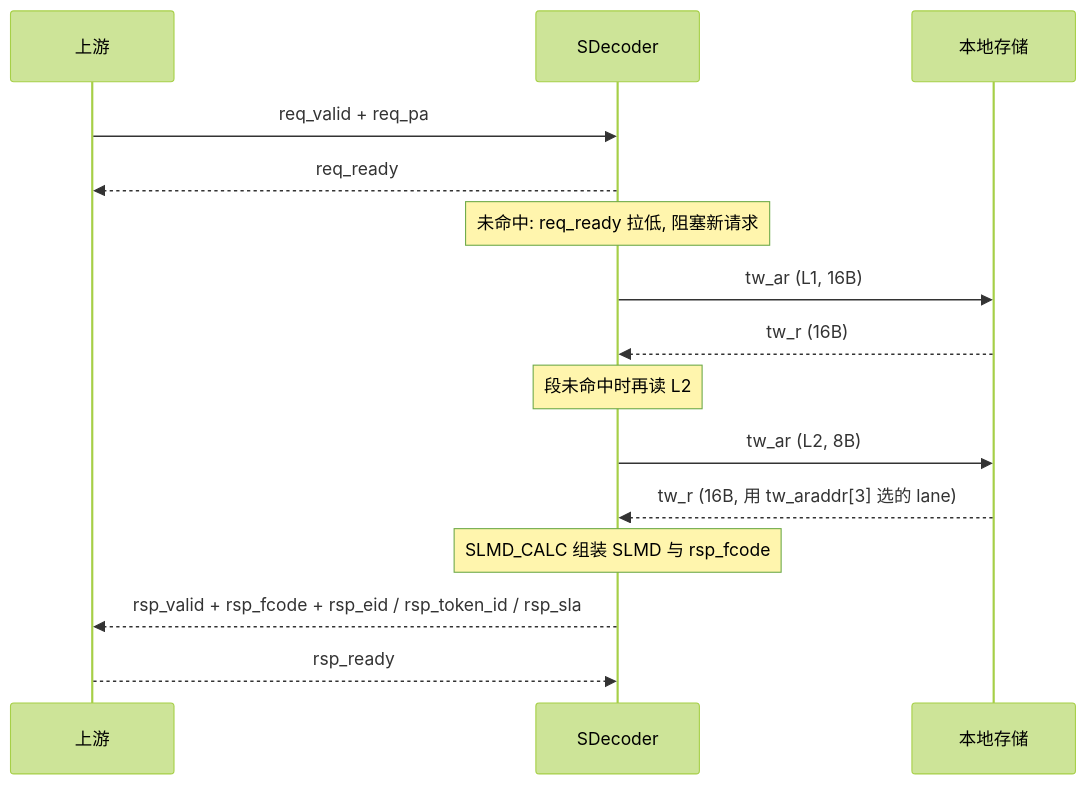
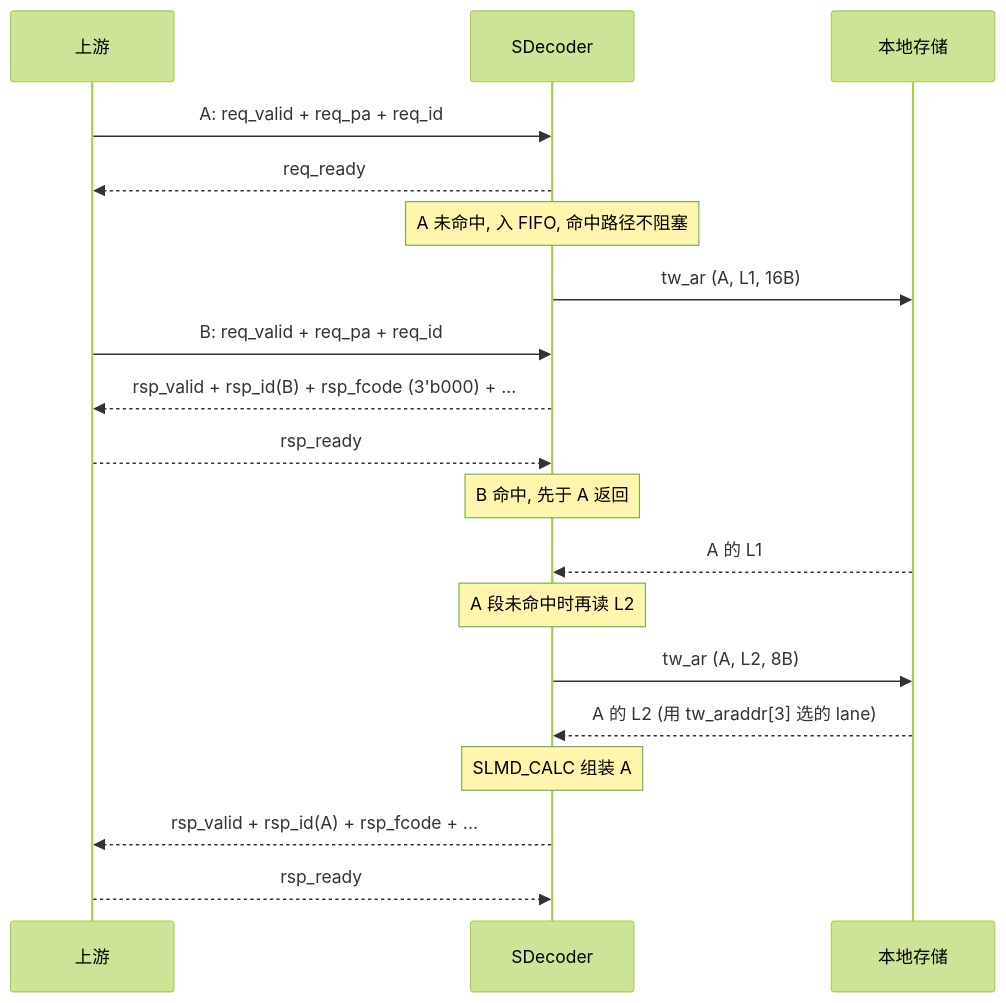
The fourth of 6 diagrams in doc/design_plan/SDecoder设计方案/SDecoder 设计方案.md (DuBirdFly/C1_SDecoder), drawn with Mermaid (forest theme) before and after one commit. The commit also changed other lines of this file and 1 other file, not shown here.

````diff
--- a/doc/design_plan/SDecoder设计方案/SDecoder 设计方案.md
+++ b/doc/design_plan/SDecoder设计方案/SDecoder 设计方案.md
@@ -356,17 +367,21 @@
 ```mermaid
 sequenceDiagram
     participant UP as 上游
     participant SD as SDecoder
     participant MEM as 本地存储
-    UP->>SD: req_valid + req_pa
+    UP->>SD: A: req_valid + req_pa + req_id
     SD-->>UP: req_ready
-    Note over SD: 未命中: req_ready 拉低, 阻塞新请求
-    SD->>MEM: tw_ar (L1, 16B)
-    MEM-->>SD: tw_r (16B)
-    Note over SD: 段未命中时再读 L2
-    SD->>MEM: tw_ar (L2, 8B)
-    MEM-->>SD: tw_r (16B, 用 tw_araddr[3] 选的 lane)
-    Note over SD: SLMD_CALC 组装 SLMD 与 rsp_fcode
-    SD-->>UP: rsp_valid + rsp_fcode + rsp_eid / rsp_token_id / rsp_sla
+    Note over SD: A 未命中, 入 FIFO, 命中路径不阻塞
+    SD->>MEM: tw_ar (A, L1, 16B)
+    UP->>SD: B: req_valid + req_pa + req_id
+    SD-->>UP: rsp_valid + rsp_id(B) + rsp_fcode (3'b000) + ...
+    UP-->>SD: rsp_ready
+    Note over SD: B 命中, 先于 A 返回
+    MEM-->>SD: A 的 L1
+    Note over SD: A 段未命中时再读 L2
+    SD->>MEM: tw_ar (A, L2, 8B)
+    MEM-->>SD: A 的 L2 (用 tw_araddr[3] 选的 lane)
+    Note over SD: SLMD_CALC 组装 A
+    SD-->>UP: rsp_valid + rsp_id(A) + rsp_fcode + ...
     UP-->>SD: rsp_ready
 ```
````
